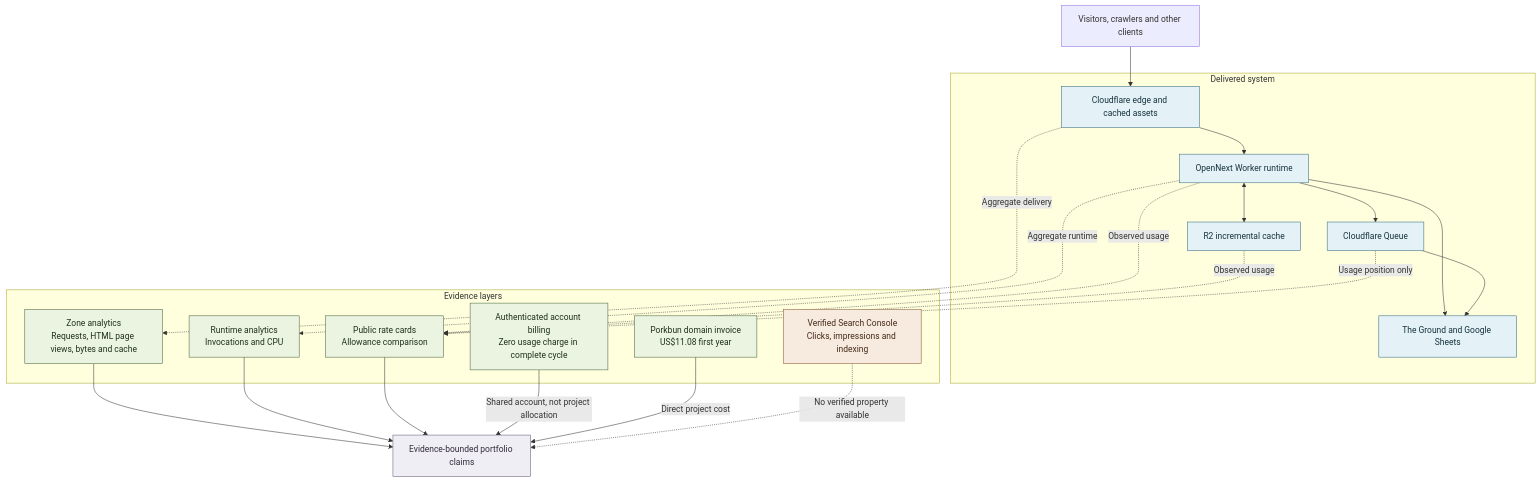
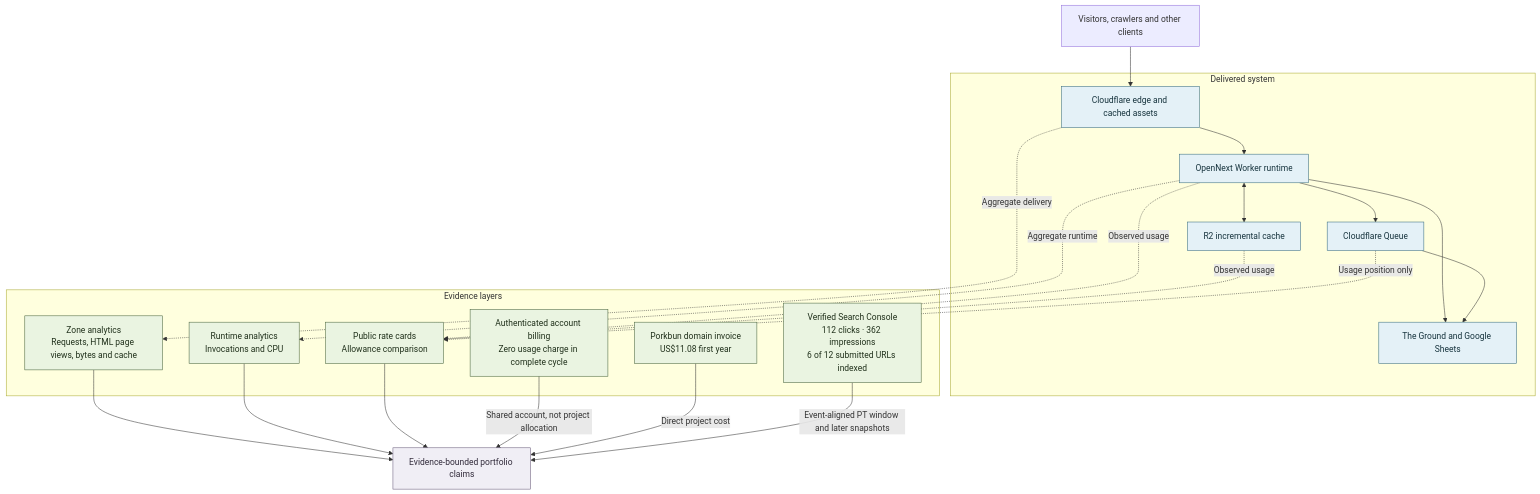
One commit to jackyngtf/wellness-village-event-platform changed the diagram in docs/diagrams/production-measurement-boundaries.mmd. Above: the diagram before and after it, drawn with Mermaid. The commit also changed 12 other files, not shown here.

Commit message:
docs: add verified Search Console evidence

```diff
--- a/docs/diagrams/production-measurement-boundaries.mmd
+++ b/docs/diagrams/production-measurement-boundaries.mmd
@@ -1,50 +1,48 @@
 flowchart TB
     VISITOR[Visitors, crawlers and other clients]
 
     subgraph DELIVERY[Delivered system]
         EDGE[Cloudflare edge and cached assets]
         WORKER[OpenNext Worker runtime]
         R2[R2 incremental cache]
         QUEUE[Cloudflare Queue]
         EXTERNAL[The Ground and Google Sheets]
     end
 
     subgraph EVIDENCE[Evidence layers]
         ZONE_ANALYTICS[Zone analytics<br/>Requests, HTML page views, bytes and cache]
         WORKER_ANALYTICS[Runtime analytics<br/>Invocations and CPU]
         RATE_CARD[Public rate cards<br/>Allowance comparison]
         ACCOUNT_BILLING[Authenticated account billing<br/>Zero usage charge in complete cycle]
         DOMAIN_INVOICE[Porkbun domain invoice<br/>US$11.08 first year]
-        SEARCH_CONSOLE[Verified Search Console<br/>Clicks, impressions and indexing]
+        SEARCH_CONSOLE[Verified Search Console<br/>112 clicks · 362 impressions<br/>6 of 12 submitted URLs indexed]
     end
 
     PORTFOLIO[Evidence-bounded portfolio claims]
 
     VISITOR --> EDGE
     EDGE --> WORKER
     WORKER <--> R2
     WORKER --> QUEUE
     WORKER --> EXTERNAL
     QUEUE --> EXTERNAL
 
     EDGE -.->|Aggregate delivery| ZONE_ANALYTICS
     WORKER -.->|Aggregate runtime| WORKER_ANALYTICS
     WORKER -.->|Observed usage| RATE_CARD
     R2 -.->|Observed usage| RATE_CARD
     QUEUE -.->|Usage position only| RATE_CARD
 
     ZONE_ANALYTICS --> PORTFOLIO
     WORKER_ANALYTICS --> PORTFOLIO
     RATE_CARD --> PORTFOLIO
     ACCOUNT_BILLING -->|Shared account, not project allocation| PORTFOLIO
     DOMAIN_INVOICE -->|Direct project cost| PORTFOLIO
-    SEARCH_CONSOLE -.->|No verified property available| PORTFOLIO
+    SEARCH_CONSOLE -->|Event-aligned PT window and later snapshots| PORTFOLIO
 
     classDef observed fill:#eaf4e1,stroke:#48633c,color:#20301b
     classDef system fill:#e4f1f7,stroke:#356a7d,color:#16333d
-    classDef unavailable fill:#f7eadf,stroke:#8a5834,color:#442a18
     classDef conclusion fill:#f0eef5,stroke:#675b79,color:#312a3a
     class EDGE,WORKER,R2,QUEUE,EXTERNAL system
-    class ZONE_ANALYTICS,WORKER_ANALYTICS,RATE_CARD,ACCOUNT_BILLING,DOMAIN_INVOICE observed
-    class SEARCH_CONSOLE unavailable
+    class ZONE_ANALYTICS,WORKER_ANALYTICS,RATE_CARD,ACCOUNT_BILLING,DOMAIN_INVOICE,SEARCH_CONSOLE observed
     class PORTFOLIO conclusion
```
